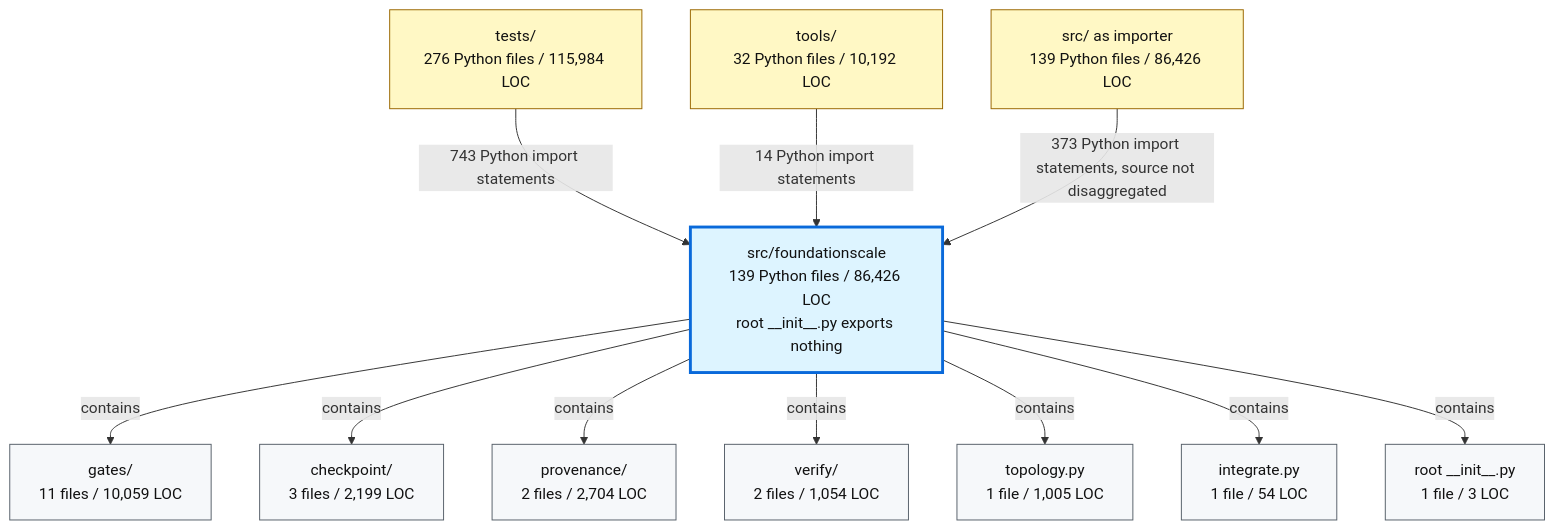
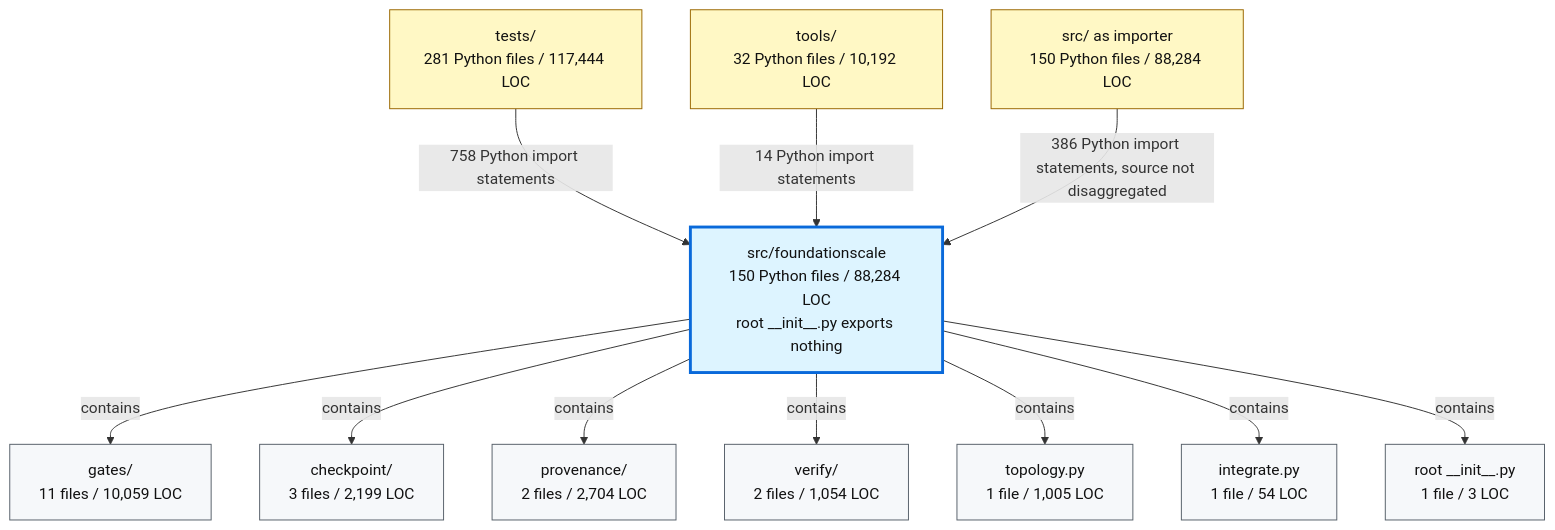
Before and after one commit to TranNhiem/FoundationScale: the second of 2 diagrams in docs/review/D2_current_architecture.md, drawn with Mermaid. The commit also changed other lines of this file and 10 other files, not shown here.

````diff
--- a/docs/review/D2_current_architecture.md
+++ b/docs/review/D2_current_architecture.md
@@ -97,36 +97,36 @@
 ```mermaid
 flowchart TB
-  TESTS["tests/<br/>276 Python files / 115,984 LOC"]
+  TESTS["tests/<br/>281 Python files / 117,444 LOC"]
   TOOLS["tools/<br/>32 Python files / 10,192 LOC"]
-  SRC["src/ as importer<br/>139 Python files / 86,426 LOC"]
+  SRC["src/ as importer<br/>150 Python files / 88,284 LOC"]
 
-  FS["src/foundationscale<br/>139 Python files / 86,426 LOC<br/>root __init__.py exports nothing"]
+  FS["src/foundationscale<br/>150 Python files / 88,284 LOC<br/>root __init__.py exports nothing"]
 
   GATES["gates/<br/>11 files / 10,059 LOC"]
   CKPT["checkpoint/<br/>3 files / 2,199 LOC"]
   PROV["provenance/<br/>2 files / 2,704 LOC"]
   VERIFY["verify/<br/>2 files / 1,054 LOC"]
   TOPO["topology.py<br/>1 file / 1,005 LOC"]
   INTEG["integrate.py<br/>1 file / 54 LOC"]
   ROOT["root __init__.py<br/>1 file / 3 LOC"]
 
-  TESTS -->|"743 Python import statements"| FS
+  TESTS -->|"758 Python import statements"| FS
   TOOLS -->|"14 Python import statements"| FS
-  SRC -->|"373 Python import statements, source not disaggregated"| FS
+  SRC -->|"386 Python import statements, source not disaggregated"| FS
 
   FS -->|"contains"| GATES
   FS -->|"contains"| CKPT
   FS -->|"contains"| PROV
   FS -->|"contains"| VERIFY
   FS -->|"contains"| TOPO
   FS -->|"contains"| INTEG
   FS -->|"contains"| ROOT
 
   classDef consumer fill:#fff8c5,stroke:#9a6700,color:#111;
   classDef package fill:#ddf4ff,stroke:#0969da,stroke-width:3px,color:#111;
   classDef module fill:#f6f8fa,stroke:#57606a,color:#111;
 
   class TESTS,TOOLS,SRC consumer;
   class FS package;
   class GATES,CKPT,PROV,VERIFY,TOPO,INTEG,ROOT module;
 ```
````
